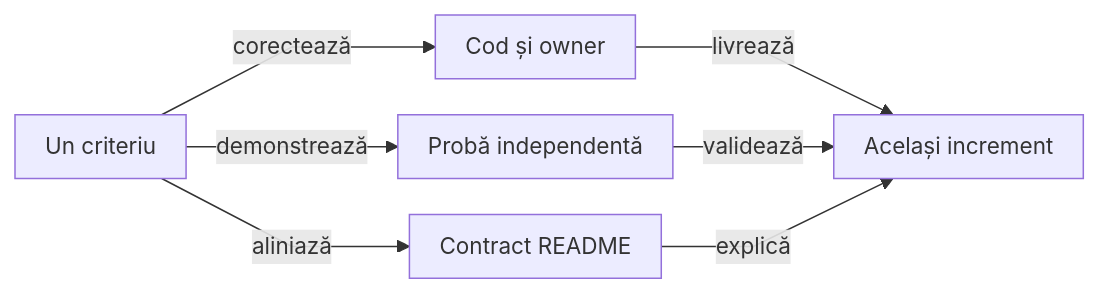
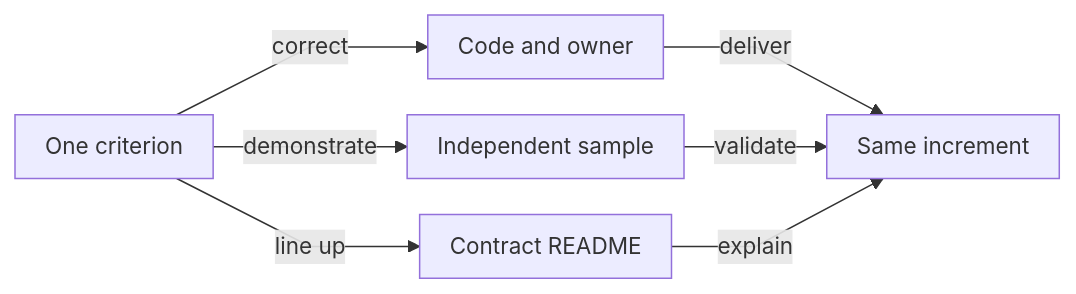
Before and after one commit to crististefanita/atf_j0: the diagram in docs/feedback/ATF_Reporting_Feedback.md, drawn with Mermaid. The commit also changed other lines of this file and 113 other files, not shown here.

````diff
--- a/docs/feedback/ATF_Reporting_Feedback.md
+++ b/docs/feedback/ATF_Reporting_Feedback.md
@@ -97,10 +83,10 @@
 ```mermaid
 %%{init: {"themeVariables":{"fontSize":"15px"},"themeCSS":".nodeLabel, .nodeLabel p { font-size: 15px !important; line-height: 1.35 !important; } .edgeLabel, .edgeLabel p { font-size: 12px !important; font-weight: 400 !important; line-height: 1.2 !important; } .edgeLabel .labelBkg, .edgeLabel p { background: transparent !important; } .edgeLabel foreignObject { transform: translateY(-18px); overflow: visible; } .node rect { rx: 6px; ry: 6px; }","flowchart":{"curve":"linear","nodeSpacing":24,"rankSpacing":40,"padding":10,"diagramPadding":16}}}%%
 flowchart LR
-    Gap["Un criteriu"] -->|corectează| Code["Cod și owner"]
-    Gap -->|demonstrează| Proof["Probă independentă"]
-    Gap -->|aliniază| Docs["Contract README"]
-    Code -->|livrează| Gate["Același increment"]
-    Proof -->|validează| Gate
-    Docs -->|explică| Gate
+    Gap["One criterion"] -->|correct| Code["Code and owner"]
+    Gap -->|demonstrate| Proof["Independent sample"]
+    Gap -->|line up| Docs["Contract README"]
+    Code -->|deliver| Gate["Same increment"]
+    Proof -->|validate| Gate
+    Docs -->|explain| Gate
 ```
````
